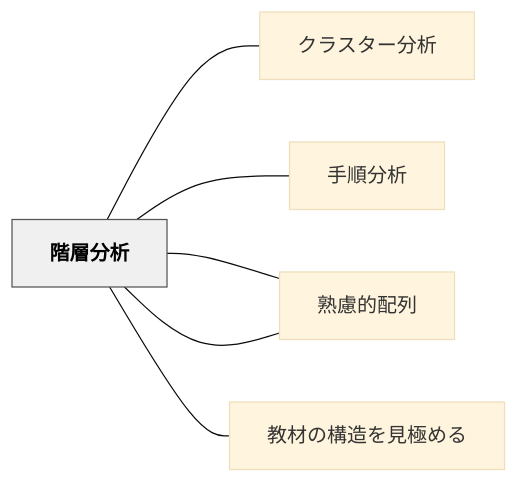
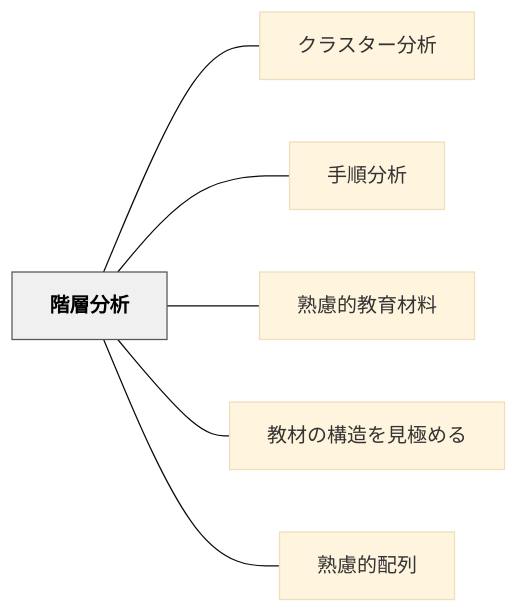
The diagram in content/パタン/階層分析.md (unknownthings-ed-patterns/unknownthings-ed-patterns), drawn with Mermaid (base theme) before and after one commit. The commit also changed 527 other files, not shown here.

````diff
--- a/content/パタン/階層分析.md
+++ b/content/パタン/階層分析.md
@@ -45,18 +45,18 @@
 ```mermaid
 flowchart LR
-    ne99a8ee5b1a4["階層分析"]
-    ne382afe383a9["クラスター分析"]
-    ne6898be9a086["手順分析"]
-    ne7869fe685ae["熟慮的教育材料"]
-    ne69599e69d90["教材の構造を見極める"]
-    ne7869fe685ae["熟慮的配列"]
+    ne99a8ee5b1a4e58886e69e90["階層分析"]
+    ne382afe383a9e382b9e382bfe383bce58886e69e90["クラスター分析"]
+    ne6898be9a086e58886e69e90["手順分析"]
+    ne7869fe685aee79a84e69599e882b2e69d90e69699["熟慮的教育材料"]
+    ne69599e69d90e381aee6a78be980a0e38292e8a68be6a5b5e38281e3828b["教材の構造を見極める"]
+    ne7869fe685aee79a84e9858de58897["熟慮的配列"]
 
-    ne99a8ee5b1a4 --- ne382afe383a9
-    ne99a8ee5b1a4 --- ne6898be9a086
-    ne99a8ee5b1a4 --- ne7869fe685ae
-    ne99a8ee5b1a4 --- ne69599e69d90
-    ne99a8ee5b1a4 --- ne7869fe685ae
+    ne99a8ee5b1a4e58886e69e90 --- ne382afe383a9e382b9e382bfe383bce58886e69e90
+    ne99a8ee5b1a4e58886e69e90 --- ne6898be9a086e58886e69e90
+    ne99a8ee5b1a4e58886e69e90 --- ne7869fe685aee79a84e69599e882b2e69d90e69699
+    ne99a8ee5b1a4e58886e69e90 --- ne69599e69d90e381aee6a78be980a0e38292e8a68be6a5b5e38281e3828b
+    ne99a8ee5b1a4e58886e69e90 --- ne7869fe685aee79a84e9858de58897
 
     classDef hub fill:#f0f0f0,stroke:#555,color:#000,font-weight:bold
-    class ne99a8ee5b1a4 hub
+    class ne99a8ee5b1a4e58886e69e90 hub
 ```
````
